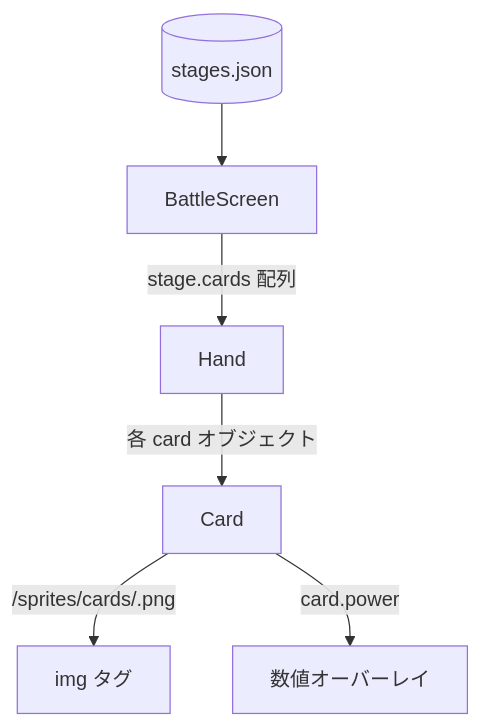
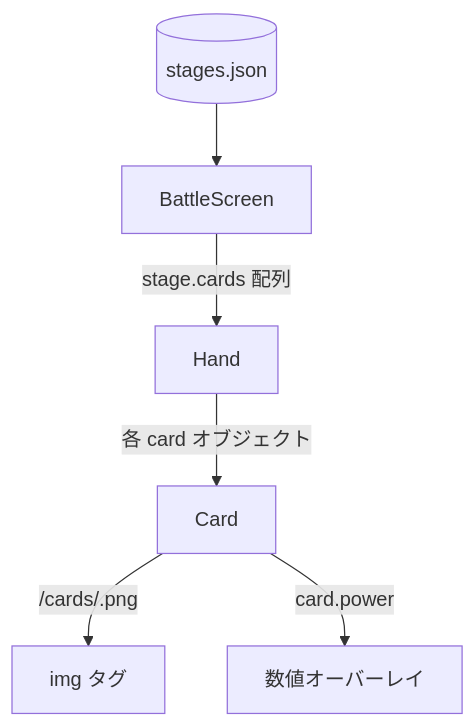
Before and after one commit to Necos0/unilab: the first of 2 diagrams in .specs/card-ui/design.md, drawn with Mermaid. The commit also changed other lines of this file and 8 other files, not shown here.

````diff
--- a/.specs/card-ui/design.md
+++ b/.specs/card-ui/design.md
@@ -83,8 +83,8 @@
 ```mermaid
 flowchart TD
     Stages[(stages.json)] --> BS[BattleScreen]
     BS -->|"stage.cards 配列"| Hand
     Hand -->|"各 card オブジェクト"| Card
-    Card -->|"/sprites/cards/<id>.png"| Img[img タグ]
+    Card -->|"/cards/<id>.png"| Img[img タグ]
     Card -->|"card.power"| Overlay[数値オーバーレイ]
 ```
````
